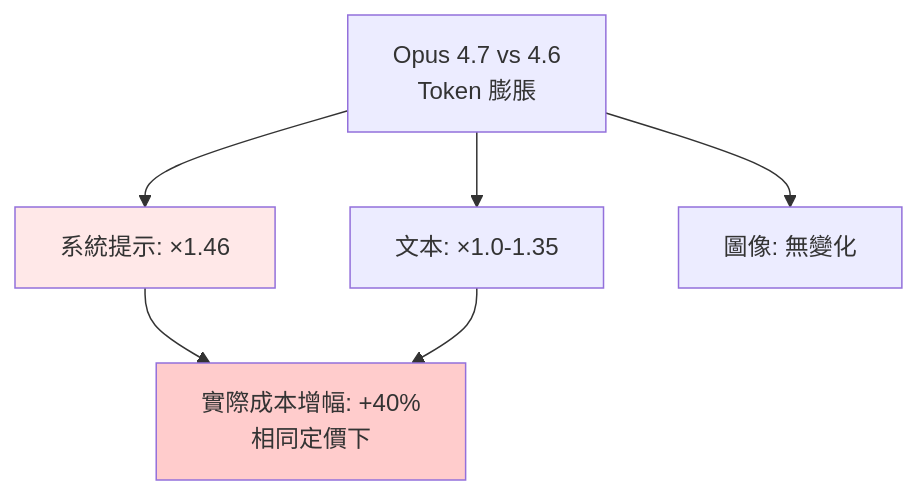
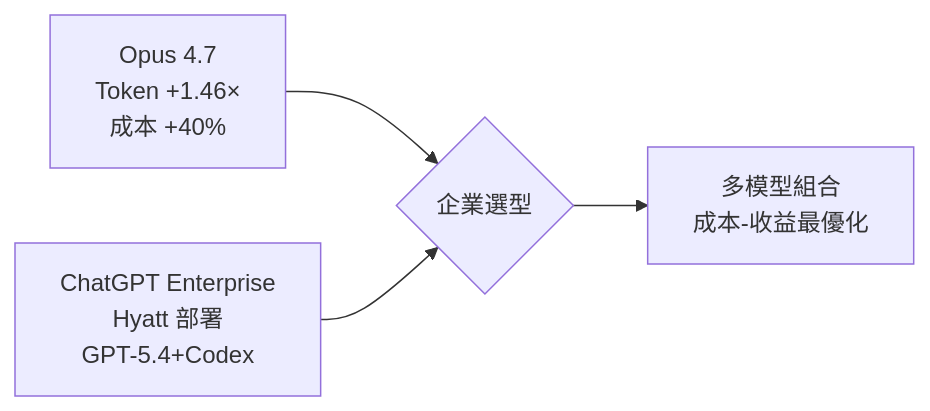
The first of 2 diagrams in 20-daily/2026-04-20.md (nick-xrex/ai-daily-content), drawn with Mermaid before and after one commit. The commit also changed other lines of this file and 58 other files, not shown here.

````diff
--- a/20-daily/2026-04-20.md
+++ b/20-daily/2026-04-20.md
@@ -33,11 +47,6 @@
 ```mermaid
-graph TD
-    A["Opus 4.7 vs 4.6<br/>Token 膨脹"]
-    A --> B["系統提示: ×1.46"]
-    A --> C["文本: ×1.0-1.35"]
-    A --> D["圖像: 無變化"]
-    B --> E["實際成本增幅: +40%<br/>相同定價下"]
-    C --> E
-    style B fill:#ffe8e8
-    style E fill:#ffcccc
+graph LR
+    A["Opus 4.7<br/>Token +1.46×<br/>成本 +40%"] --> C{企業選型}
+    B["ChatGPT Enterprise<br/>Hyatt 部署<br/>GPT-5.4+Codex"] --> C
+    C --> D["多模型組合<br/>成本-收益最優化"]
 ```
````
